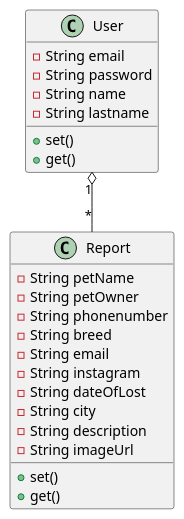
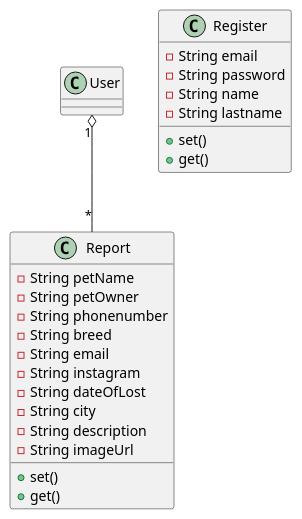
One commit to Danniel13/PetFinder changed the diagram in petfinder/doc/modelo_datos.puml. Above: the diagram before and after it, drawn with PlantUML. The commit also changed 12 other files, not shown here.

```diff
--- a/petfinder/doc/modelo_datos.puml
+++ b/petfinder/doc/modelo_datos.puml
@@ -1,31 +1,31 @@
 @startuml "Pet Finder"
 
 
 
 class Report {
     - String petName
     - String petOwner
     - String phonenumber
     - String breed
     - String email
     - String instagram
     - String dateOfLost
     - String city
     - String description
     - String imageUrl
     + set()
     + get()
 }
 
-class User {
+class Register {
     - String email
     - String password
     - String name
     - String lastname
     + set()
     + get()
 }
 ' Agregacion User-Report
 ' Cardinalidad 1 a *
 User "1" o-- "*" Report
 @enduml
```
